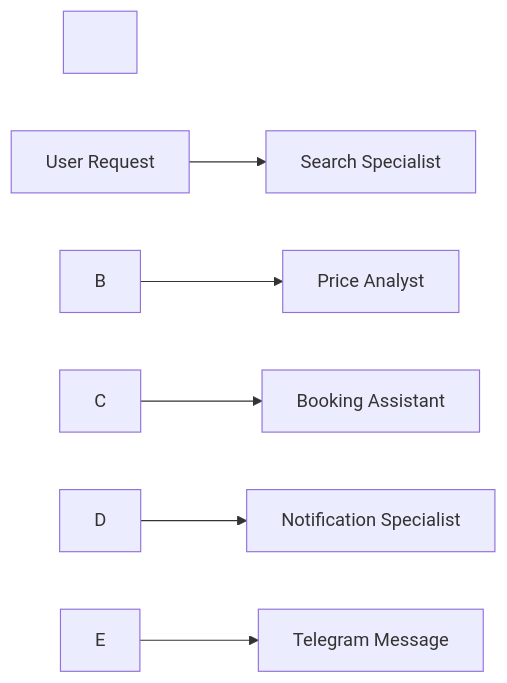
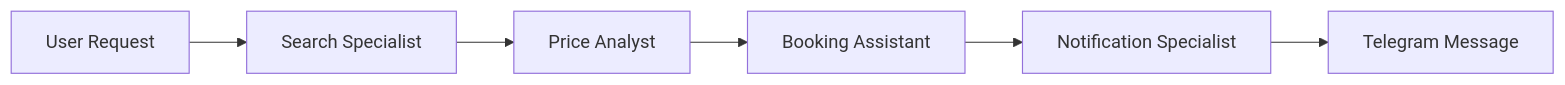
One commit to Alessio2405/Telegram-Flight-AI-Assistant changed the diagram in README.md. Above: the diagram before and after it, drawn with Mermaid. The commit also changed other lines of this file, not shown here.

````diff
--- a/README.md
+++ b/README.md
@@ -47,15 +24,8 @@
 ```mermaid
-
 graph LR
-
-&nbsp;   A\[User Request] --> B\[Search Specialist]
-
-&nbsp;   B --> C\[Price Analyst]
-
-&nbsp;   C --> D\[Booking Assistant]
-
-&nbsp;   D --> E\[Notification Specialist]
-
-&nbsp;   E --> F\[Telegram Message]
-
+    A[User Request] --> B[Search Specialist]
+    B --> C[Price Analyst]
+    C --> D[Booking Assistant]
+    D --> E[Notification Specialist]
+    E --> F[Telegram Message]
 ```
````
